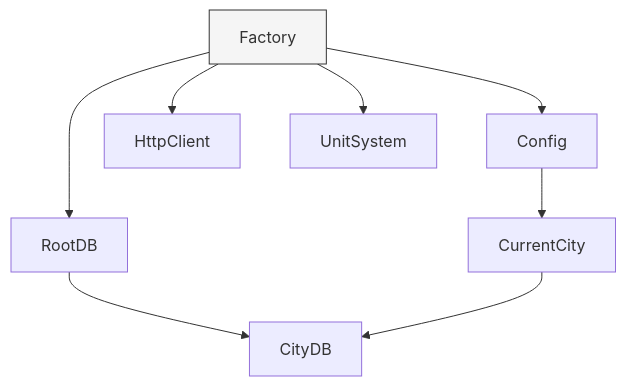
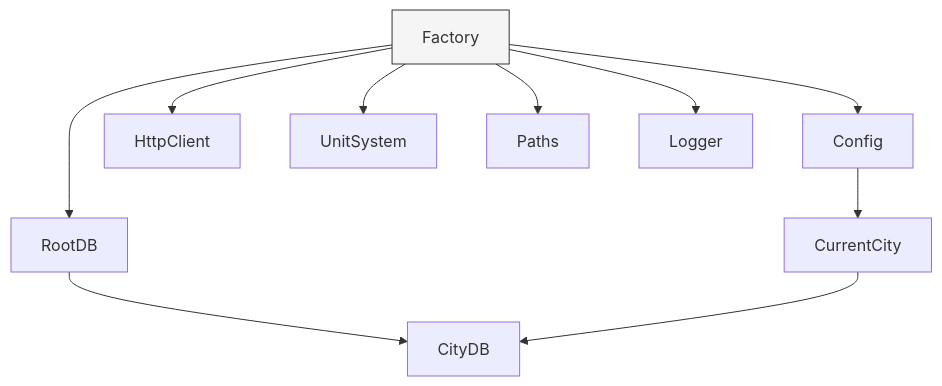
Before and after one commit to jcrussell/solvent-streets: the second of 4 diagrams in docs/architecture.md, drawn with Mermaid. The commit also changed other lines of this file, not shown here.

First line of the commit message:
docs: refresh architecture.md to match current Factory + schema (solvent-streets-xfd)

````diff
--- a/docs/architecture.md
+++ b/docs/architecture.md
@@ -41,13 +41,15 @@
 ```mermaid
 graph TD
     Factory --> Config
     Factory --> HttpClient
     Factory --> RootDB
     Factory --> UnitSystem
+    Factory --> Paths
+    Factory --> Logger
 
     Config --> CurrentCity
     RootDB --> CityDB
     CurrentCity --> CityDB
 
     style Factory fill:#f5f5f5,stroke:#333
 ```
````
